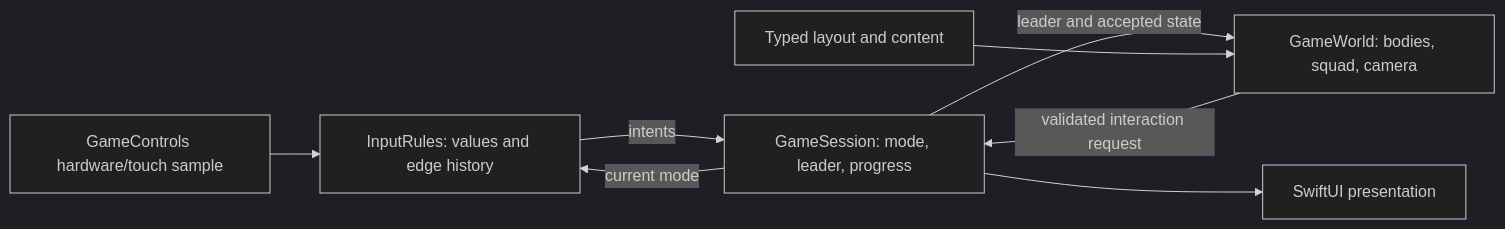
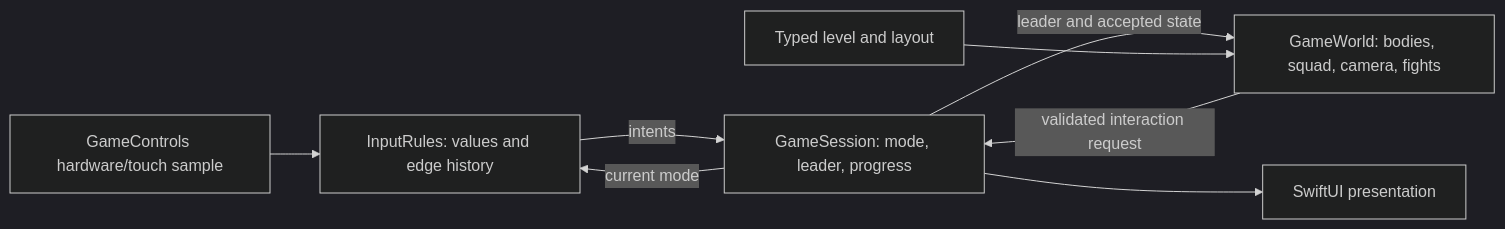
The diagram in docs/architecture.md (RonildoBraga/lauder), drawn with Mermaid (dark theme) before and after one commit. The commit also changed other lines of this file and 32 other files, not shown here.

````diff
--- a/docs/architecture.md
+++ b/docs/architecture.md
@@ -64,10 +59,10 @@
 ```mermaid
 flowchart LR
     H[GameControls hardware/touch sample] --> R[InputRules: values and edge history]
     S[GameSession: mode, leader, progress] -->|current mode| R
     R -->|intents| S
-    W[GameWorld: bodies, squad, camera] -->|validated interaction request| S
+    W[GameWorld: bodies, squad, camera, fights] -->|validated interaction request| S
     S -->|leader and accepted state| W
     S --> U[SwiftUI presentation]
-    C[Typed layout and content] --> W
+    C[Typed level and layout] --> W
 ```
````
